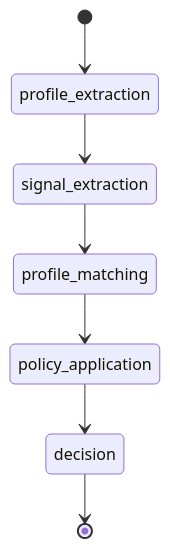
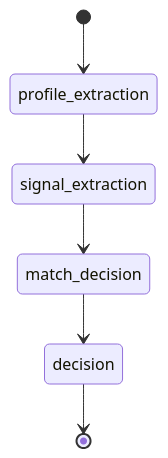
One commit to skaut-careers/platform changed the first of 2 diagrams in docs/ARCHITECTURE.md. Above: the diagram before and after it, drawn with Mermaid. The commit also changed other lines of this file and 8 other files, not shown here.

Commit message:
refactor decision-making components in Bounded Application Workflow; removed LLM-based decision and profile matching modules, updated architecture documentation to reflect changes in state graph, and refined agent protocols for improved clarity and maintainability

````diff
--- a/docs/ARCHITECTURE.md
+++ b/docs/ARCHITECTURE.md
@@ -9,9 +9,8 @@
 ```mermaid
 stateDiagram-v2
     [*] --> profile_extraction
     profile_extraction --> signal_extraction
-    signal_extraction --> profile_matching
-    profile_matching --> policy_application
-    policy_application --> decision
+    signal_extraction --> match_decision
+    match_decision --> decision
     decision --> [*]
 ```
````
